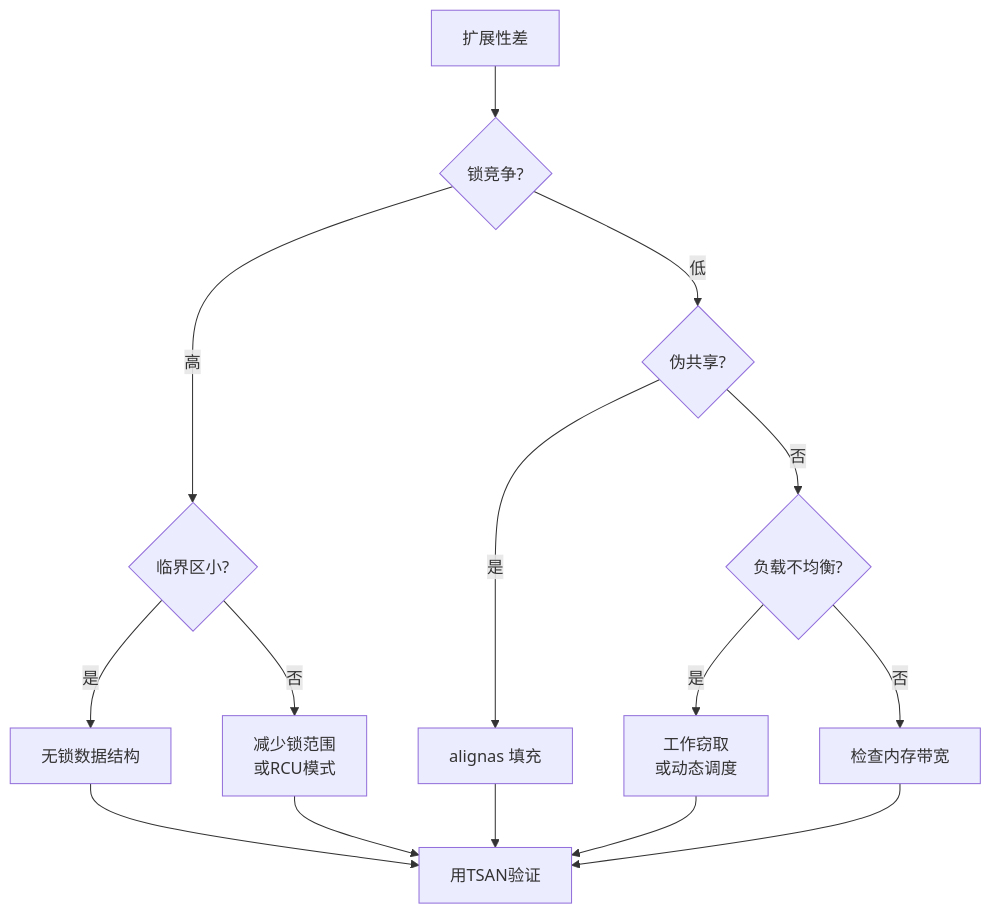
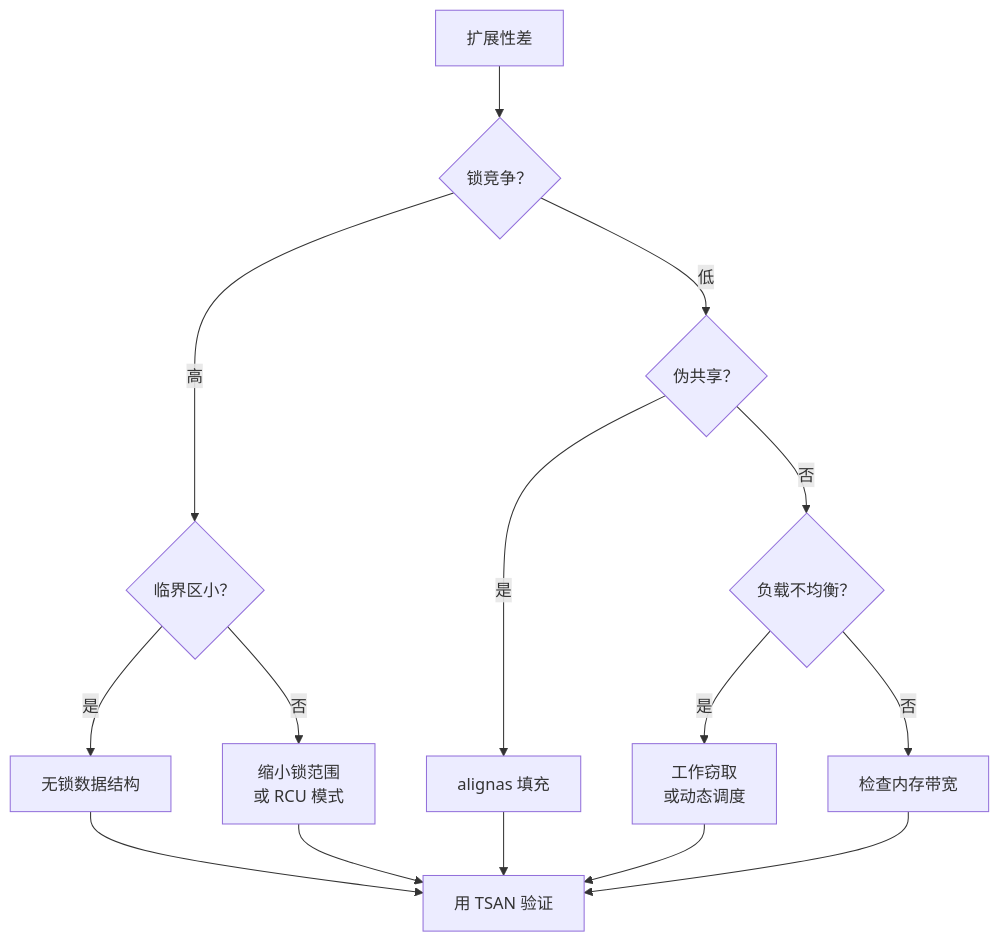
The fourth of 5 diagrams in docs/zh/guides/optimization-decision-tree.md (LessUp/cpp-high-performance-guide), drawn with Mermaid before and after one commit. The commit also changed other lines of this file and 21 other files, not shown here.

````diff
--- a/docs/zh/guides/optimization-decision-tree.md
+++ b/docs/zh/guides/optimization-decision-tree.md
@@ -176,21 +169,21 @@
 ```mermaid
 flowchart TD
-    A[扩展性差] --> B{锁竞争?}
-    B -->|高| C{临界区小?}
-    B -->|低| D{伪共享?}
-    
-    C -->|是| E[无锁数据结构]
-    C -->|否| F[减少锁范围<br/>或RCU模式]
-    
-    D -->|是| G[alignas 填充]
-    D -->|否| H{负载不均衡?}
-    
-    H -->|是| I[工作窃取<br/>或动态调度]
-    H -->|否| J[检查内存带宽]
-    
-    E --> K[用TSAN验证]
+    A[扩展性差]:::start --> B{锁竞争？}:::decision
+    B -->|高| C{临界区小？}:::decision
+    B -->|低| D{伪共享？}:::decision
+
+    C -->|是| E[无锁数据结构]:::action
+    C -->|否| F[缩小锁范围<br/>或 RCU 模式]:::action
+
+    D -->|是| G[alignas 填充]:::action
+    D -->|否| H{负载不均衡？}:::decision
+
+    H -->|是| I[工作窃取<br/>或动态调度]:::action
+    H -->|否| J[检查内存带宽]:::action
+
+    E --> K[用 TSAN 验证]:::complete
     F --> K
     G --> K
     I --> K
     J --> K
 ```
````
